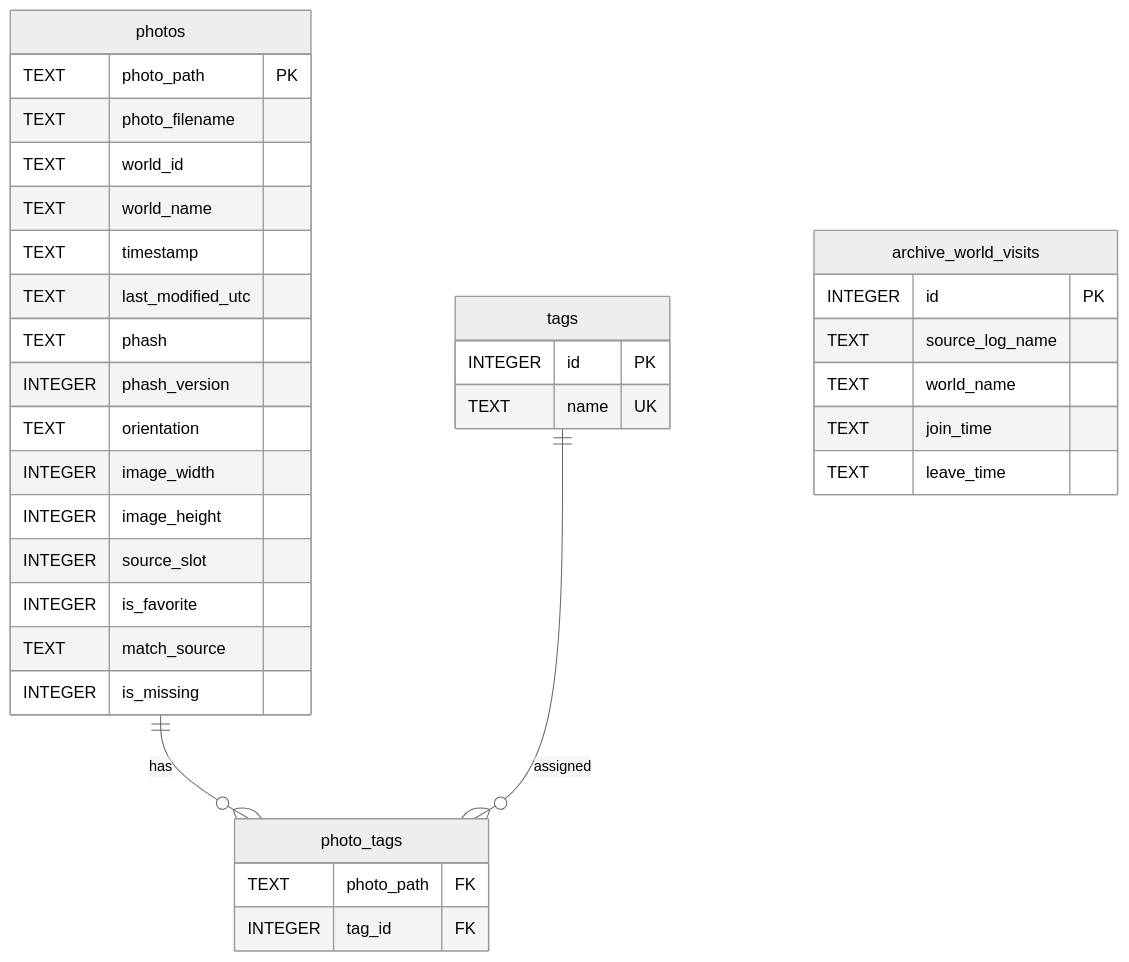
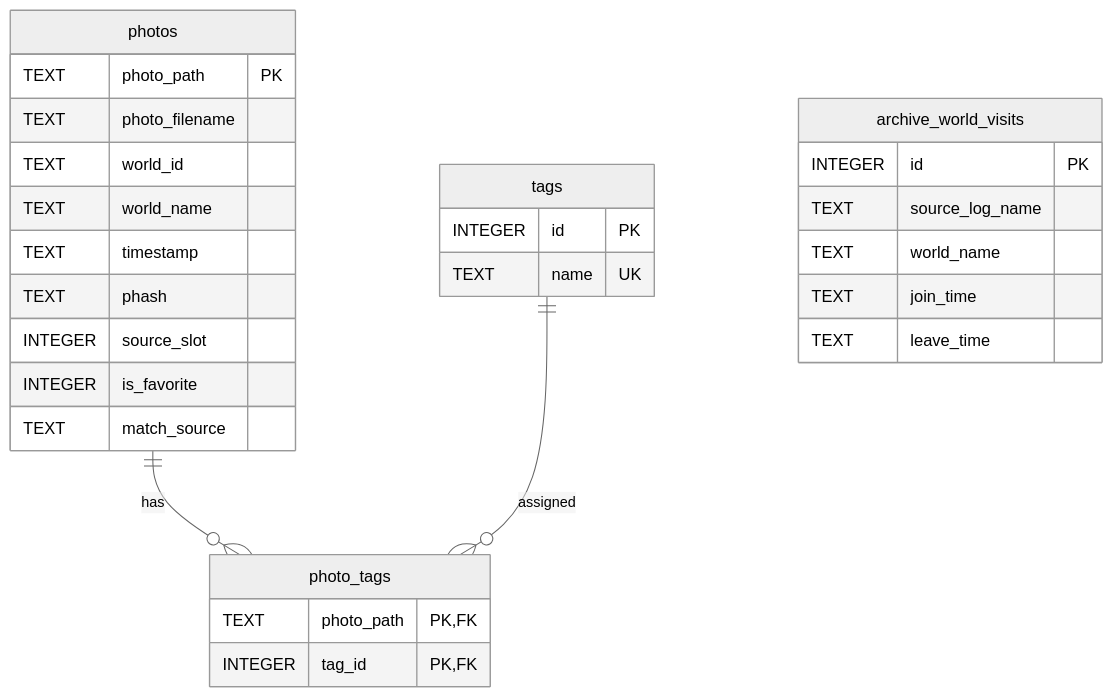
One commit to cosmoartsstore-private/Alpheratz changed the diagram in docs/database.md. Above: the diagram before and after it, drawn with Mermaid (neutral theme). The commit also changed other lines of this file and 84 other files, not shown here.

````diff
--- a/docs/database.md
+++ b/docs/database.md
@@ -74,41 +17,35 @@
 ```mermaid
 erDiagram
     photos ||--o{ photo_tags : has
     tags ||--o{ photo_tags : assigned
 
     photos {
         TEXT photo_path PK
         TEXT photo_filename
         TEXT world_id
         TEXT world_name
         TEXT timestamp
-        TEXT last_modified_utc
         TEXT phash
-        INTEGER phash_version
-        TEXT orientation
-        INTEGER image_width
-        INTEGER image_height
         INTEGER source_slot
         INTEGER is_favorite
         TEXT match_source
-        INTEGER is_missing
     }
 
     tags {
         INTEGER id PK
         TEXT name UK
     }
 
     photo_tags {
-        TEXT photo_path FK
-        INTEGER tag_id FK
+        TEXT photo_path PK,FK
+        INTEGER tag_id PK,FK
     }
 
     archive_world_visits {
         INTEGER id PK
         TEXT source_log_name
         TEXT world_name
         TEXT join_time
         TEXT leave_time
     }
 ```
````
